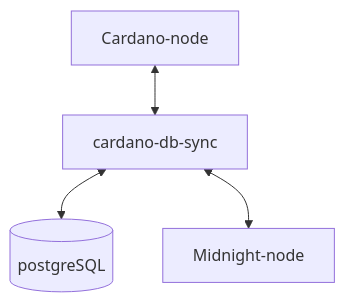
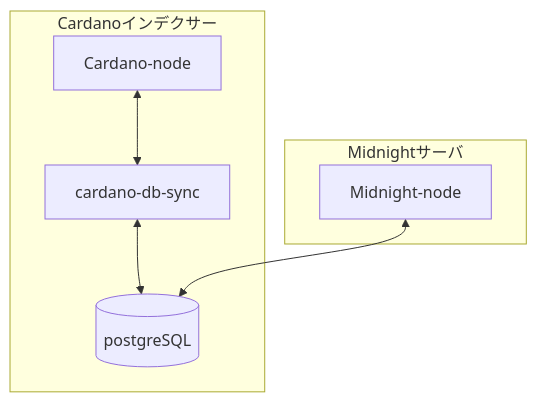
One commit to btbf/spojapanguild changed the second of 2 diagrams in docs/midnight/index.md. Above: the diagram before and after it, drawn with Mermaid. The commit also changed other lines of this file and 6 other files, not shown here.

````diff
--- a/docs/midnight/index.md
+++ b/docs/midnight/index.md
@@ -75,5 +88,9 @@
 ```mermaid
 flowchart TD
+    subgraph ide1[Cardanoインデクサー]
       a1[Cardano-node] <--> a2[cardano-db-sync] <--> a3[(postgreSQL)]
-      a2[cardano-db-sync] <--> a4[Midnight-node]
+    end
+    subgraph ide2[Midnightサーバ]
+      a4[Midnight-node] <--> a3[(postgreSQL)]
+    end
 ```
````
